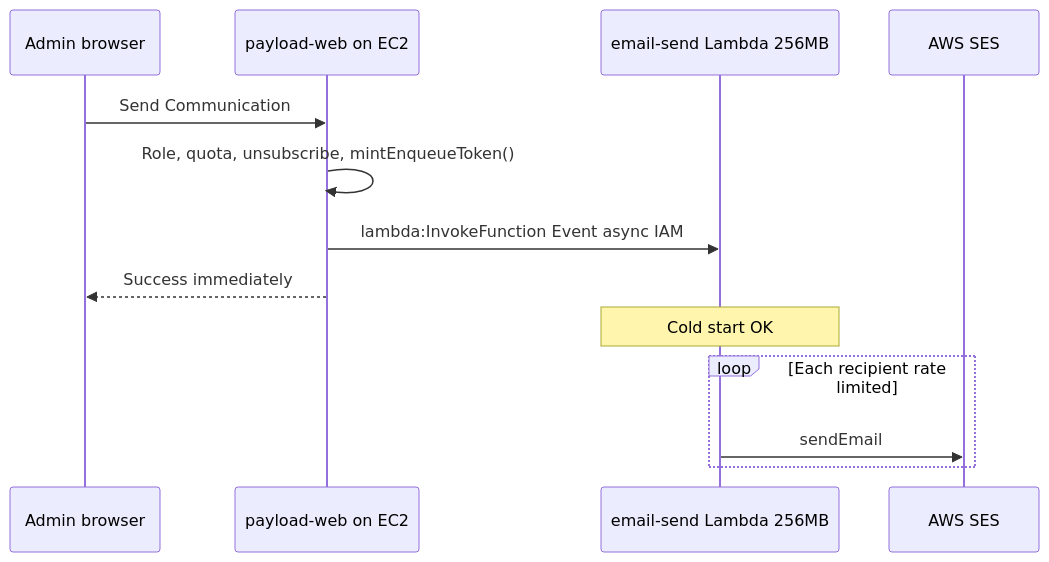
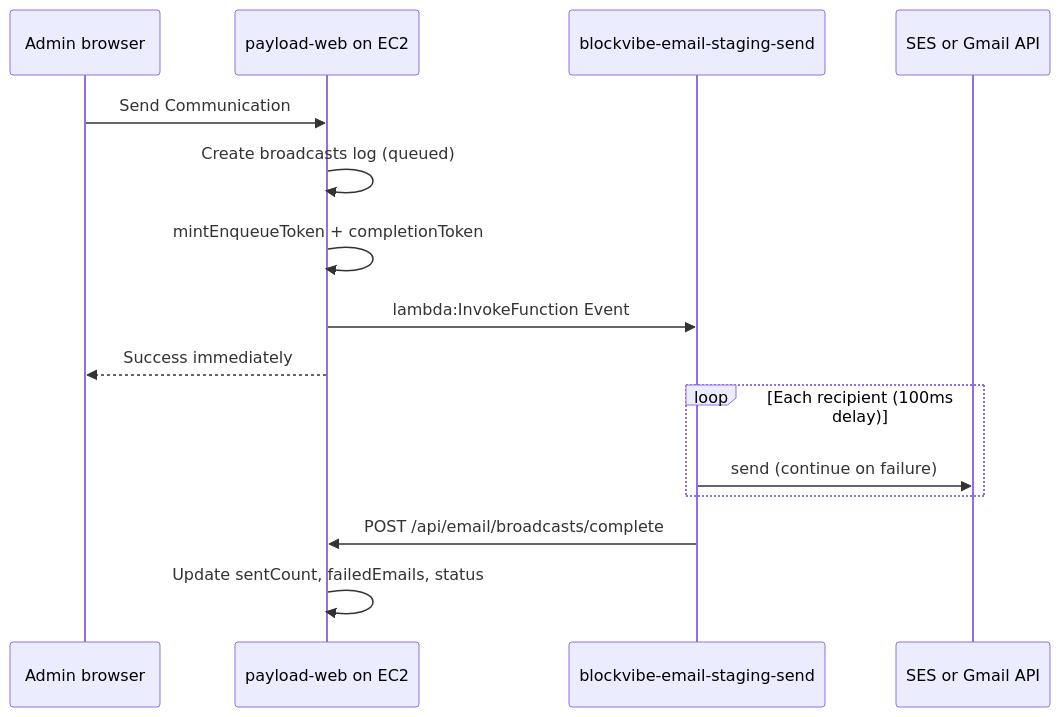
The diagram in apps/payload-web/docs/email-service/readme.md (MyNeighborhod/blockvibe-monorepo), drawn with Mermaid before and after one commit. The commit also changed other lines of this file and 45 other files, not shown here.

````diff
--- a/apps/payload-web/docs/email-service/readme.md
+++ b/apps/payload-web/docs/email-service/readme.md
@@ -19,16 +22,18 @@
 ```mermaid
 sequenceDiagram
   participant Admin as Admin browser
   participant PW as payload-web on EC2
-  participant L as email-send Lambda 256MB
-  participant SES as AWS SES
+  participant L as blockvibe-email-staging-send
+  participant T as SES or Gmail API
 
   Admin->>PW: Send Communication
-  PW->>PW: Role, quota, unsubscribe, mintEnqueueToken()
-  PW->>L: lambda:InvokeFunction Event async IAM
+  PW->>PW: Create broadcasts log (queued)
+  PW->>PW: mintEnqueueToken + completionToken
+  PW->>L: lambda:InvokeFunction Event
   PW-->>Admin: Success immediately
-  Note over L: Cold start OK
-  loop Each recipient rate limited
-    L->>SES: sendEmail
+  loop Each recipient (100ms delay)
+    L->>T: send (continue on failure)
   end
+  L->>PW: POST /api/email/broadcasts/complete
+  PW->>PW: Update sentCount, failedEmails, status
 ```
````
